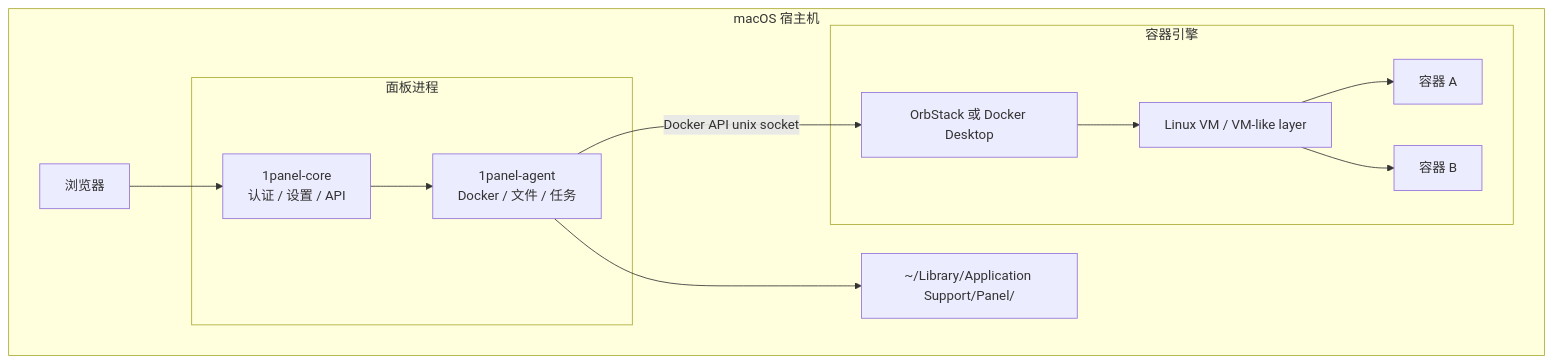
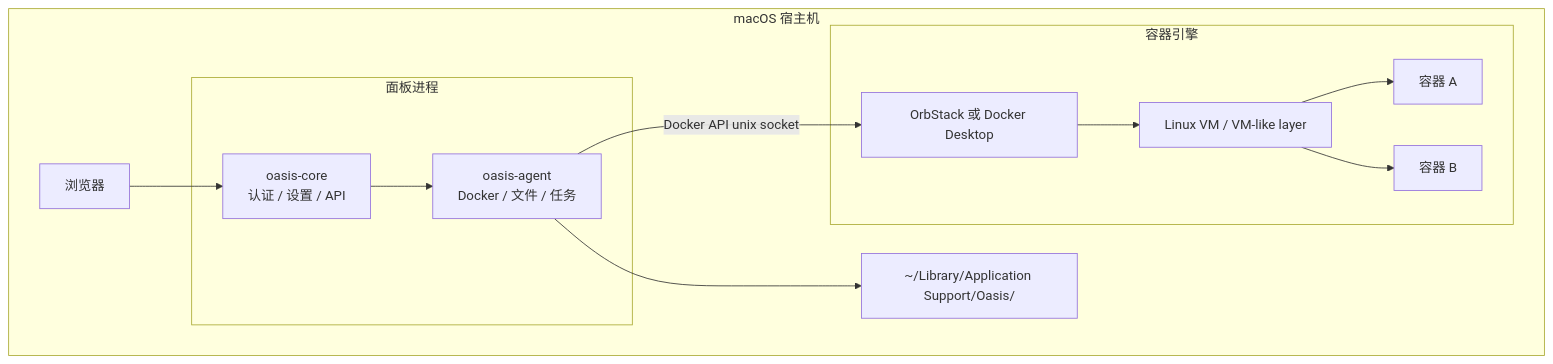
The first of 2 diagrams in docs/macos-panel/prd.md (ZMXJJ/1Panel), drawn with Mermaid before and after one commit. The commit also changed other lines of this file and 1 other file, not shown here.

Commit message:
docs: update Oasis macOS product decisions

````diff
--- a/docs/macos-panel/prd.md
+++ b/docs/macos-panel/prd.md
@@ -160,24 +162,24 @@
 ```mermaid
 flowchart TB
   subgraph macOS["macOS 宿主机"]
     Browser[浏览器]
     subgraph panel["面板进程"]
-      Core[1panel-core<br/>认证 / 设置 / API]
-      Agent[1panel-agent<br/>Docker / 文件 / 任务]
+      Core[oasis-core<br/>认证 / 设置 / API]
+      Agent[oasis-agent<br/>Docker / 文件 / 任务]
     end
     subgraph engine["容器引擎"]
       Orb[OrbStack 或 Docker Desktop]
       VM[Linux VM / VM-like layer]
       C1[容器 A]
       C2[容器 B]
     end
-    FS["~/Library/Application Support/Panel/"]
+    FS["~/Library/Application Support/Oasis/"]
   end
   Browser --> Core
   Core --> Agent
   Agent -->|Docker API unix socket| Orb
   Orb --> VM
   VM --> C1
   VM --> C2
   Agent --> FS
 ```
````
